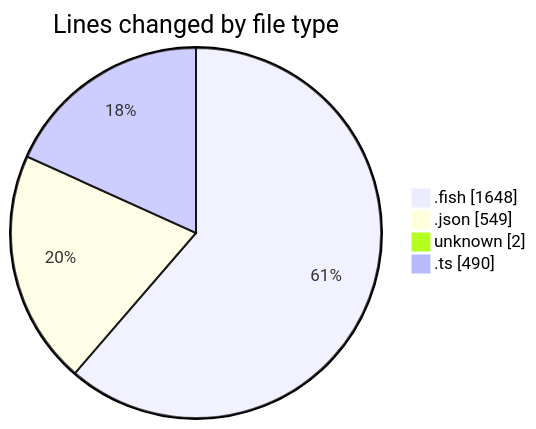
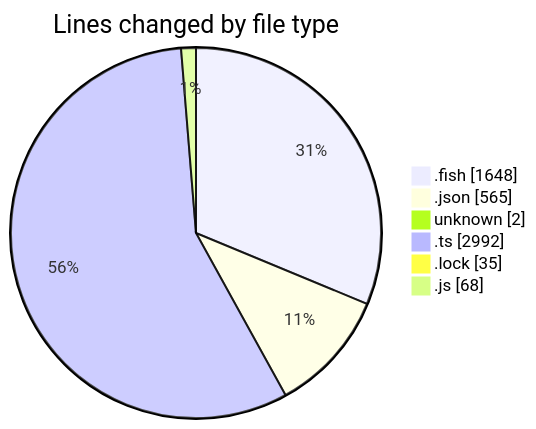
The first of 2 diagrams in 2025-07-12/fish/README.md (EIIisD/code-tracking), drawn with Mermaid before and after one commit. The commit also changed other lines of this file and 1 other file, not shown here.

````diff
--- a/2025-07-12/fish/README.md
+++ b/2025-07-12/fish/README.md
@@ -104,8 +140,10 @@
 ```mermaid
 pie showData
 title Lines changed by file type
 ".fish" : 1648
-".json" : 549
+".json" : 565
 "unknown" : 2
-".ts" : 490
+".ts" : 2992
+".lock" : 35
+".js" : 68
 ```
````
